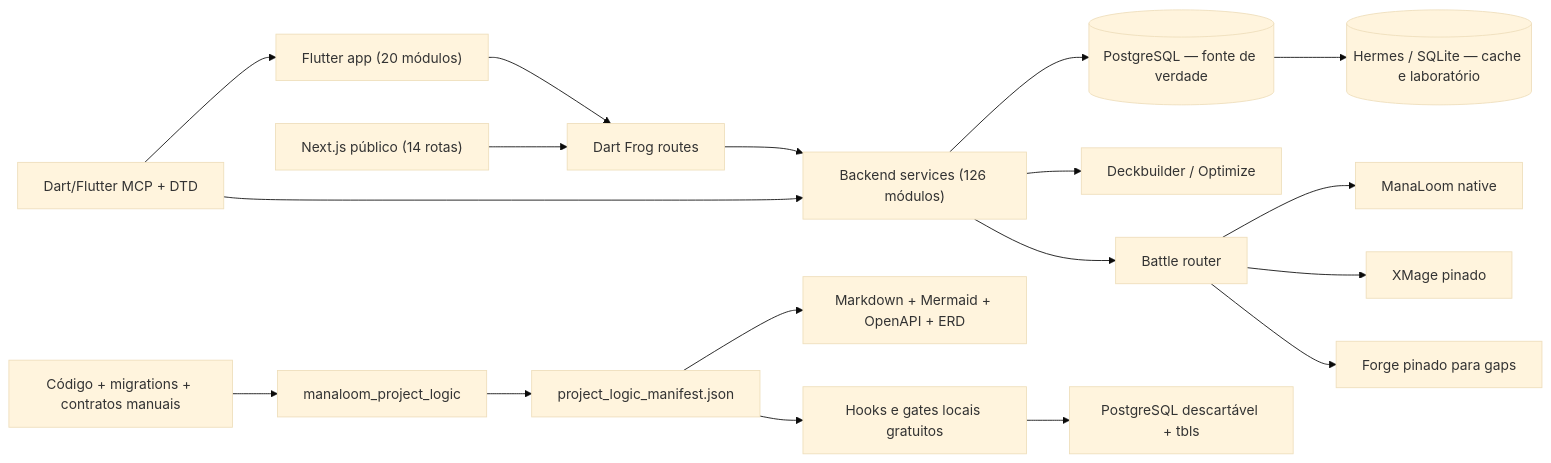
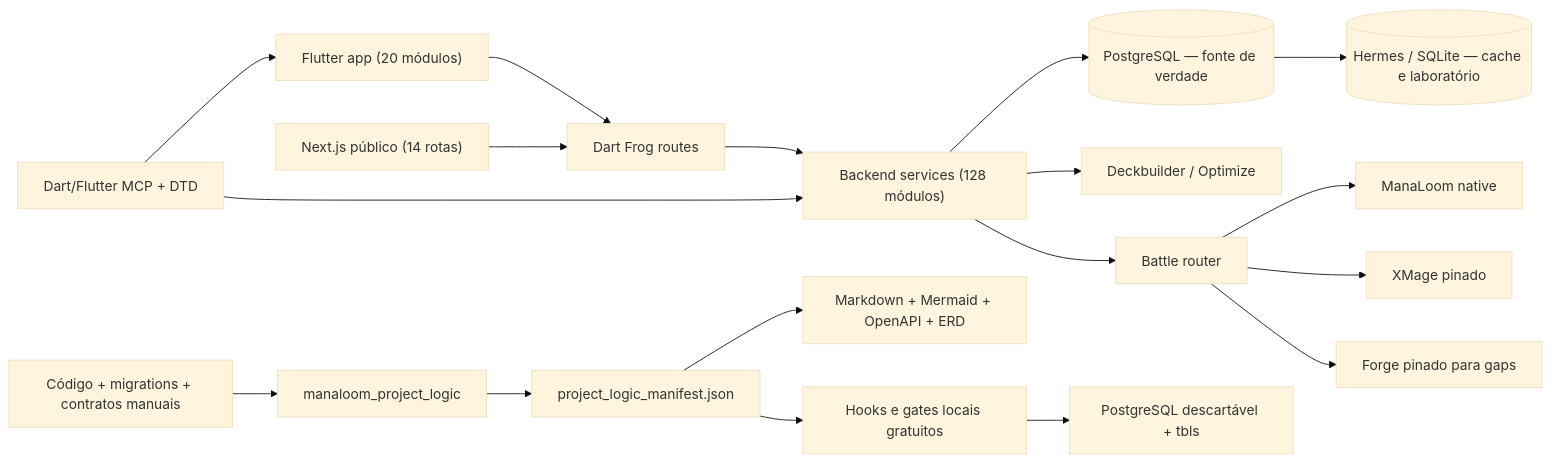
Before and after one commit to softwarePredador/mtgia: the diagram in docs/generated/ARCHITECTURE.md, drawn with Mermaid (base theme). The commit also changed 22 other files, not shown here.

````diff
--- a/docs/generated/ARCHITECTURE.md
+++ b/docs/generated/ARCHITECTURE.md
@@ -5,20 +5,20 @@
 ```mermaid
 flowchart LR
     UI["Flutter app (20 módulos)"] --> API["Dart Frog routes"]
     WEB["Next.js público (14 rotas)"] --> API
-    API --> DOMAIN["Backend services (126 módulos)"]
+    API --> DOMAIN["Backend services (128 módulos)"]
     DOMAIN --> PG[("PostgreSQL — fonte de verdade")]
     DOMAIN --> AI["Deckbuilder / Optimize"]
     DOMAIN --> BATTLE["Battle router"]
     BATTLE --> NATIVE["ManaLoom native"]
     BATTLE --> XMAGE["XMage pinado"]
     BATTLE --> FORGE["Forge pinado para gaps"]
     PG --> HERMES[("Hermes / SQLite — cache e laboratório")]
     SRC["Código + migrations + contratos manuais"] --> GEN["manaloom_project_logic"]
     GEN --> MANIFEST["project_logic_manifest.json"]
     MANIFEST --> DOCS["Markdown + Mermaid + OpenAPI + ERD"]
     MANIFEST --> LOCAL["Hooks e gates locais gratuitos"]
     LOCAL --> TBLS["PostgreSQL descartável + tbls"]
     MCP["Dart/Flutter MCP + DTD"] --> UI
     MCP --> DOMAIN
 ```
````
